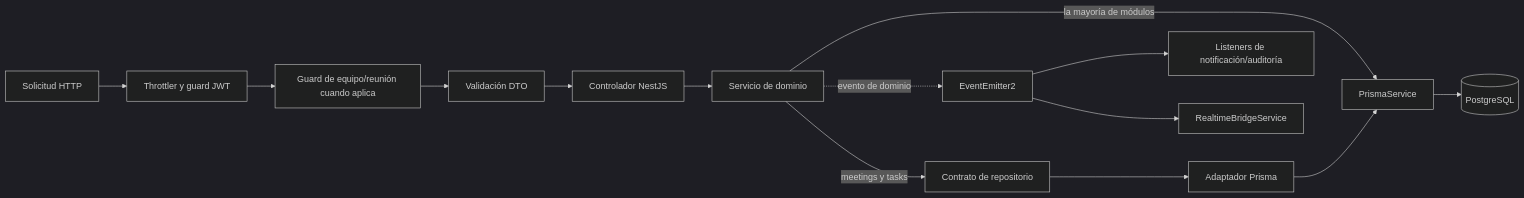
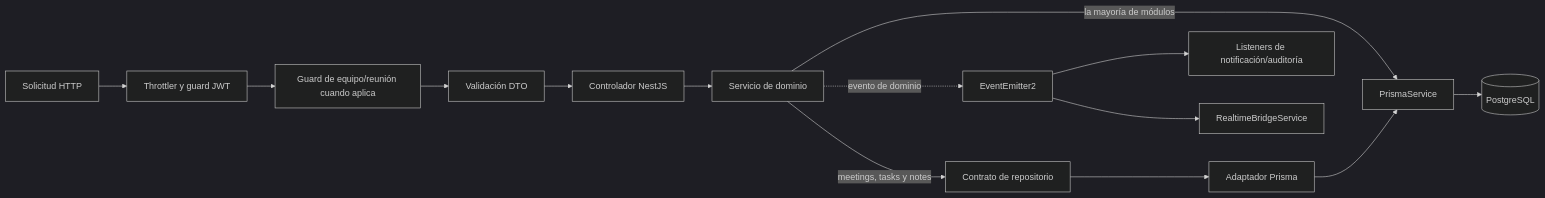
The diagram in docs/architecture.md (Walthergl66/meeting-management-system), drawn with Mermaid (dark theme) before and after one commit. The commit also changed other lines of this file and 1 other file, not shown here.

Commit message:
docs: documentar repositorio del dominio de notas

````diff
--- a/docs/architecture.md
+++ b/docs/architecture.md
@@ -25,16 +25,16 @@
 ```mermaid
 flowchart LR
   HTTP[Solicitud HTTP] --> G[Throttler y guard JWT]
   G --> AG[Guard de equipo/reunión cuando aplica]
   AG --> V[Validación DTO]
   V --> C[Controlador NestJS]
   C --> S[Servicio de dominio]
   S -->|la mayoría de módulos| P[PrismaService]
-  S -->|meetings y tasks| R[Contrato de repositorio]
+  S -->|meetings, tasks y notes| R[Contrato de repositorio]
   R --> A[Adaptador Prisma]
   A --> P
   P --> DB[(PostgreSQL)]
   S -. evento de dominio .-> E[EventEmitter2]
   E --> L[Listeners de notificación/auditoría]
   E --> RT[RealtimeBridgeService]
 ```
````
